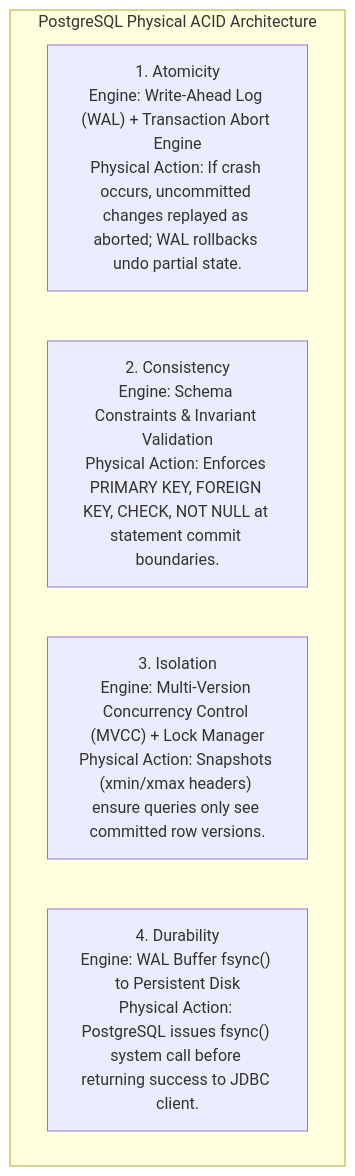
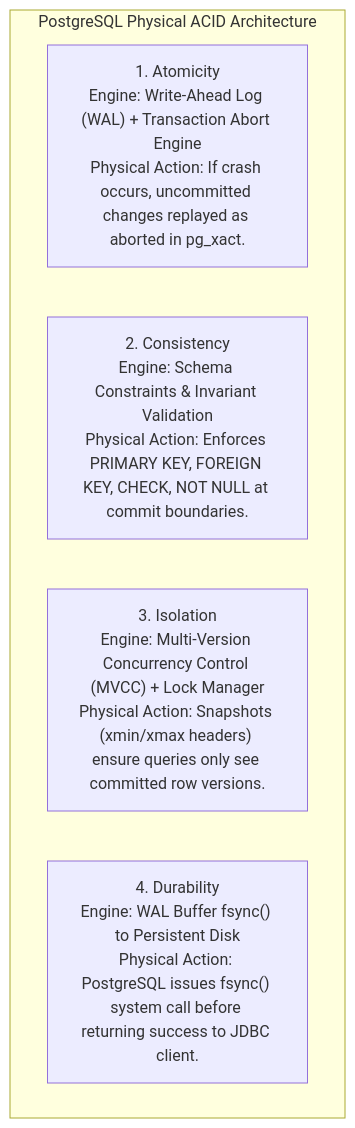
One commit to weaponxwolf/backend-engineering-mastry changed the seventh of 7 diagrams in docs/database/indexes-transactions.mdx. Above: the diagram before and after it, drawn with Mermaid. The commit also changed other lines of this file and 8 other files, not shown here.

````diff
--- a/docs/database/indexes-transactions.mdx
+++ b/docs/database/indexes-transactions.mdx
@@ -242,9 +268,9 @@
 ```mermaid
 graph TD
     subgraph ACIDSubsystems ["PostgreSQL Physical ACID Architecture"]
-        A["1. Atomicity<br/>Engine: Write-Ahead Log (WAL) + Transaction Abort Engine<br/>Physical Action: If crash occurs, uncommitted changes replayed as aborted; WAL rollbacks undo partial state."]
-        C["2. Consistency<br/>Engine: Schema Constraints & Invariant Validation<br/>Physical Action: Enforces PRIMARY KEY, FOREIGN KEY, CHECK, NOT NULL at statement commit boundaries."]
+        A["1. Atomicity<br/>Engine: Write-Ahead Log (WAL) + Transaction Abort Engine<br/>Physical Action: If crash occurs, uncommitted changes replayed as aborted in pg_xact."]
+        C["2. Consistency<br/>Engine: Schema Constraints & Invariant Validation<br/>Physical Action: Enforces PRIMARY KEY, FOREIGN KEY, CHECK, NOT NULL at commit boundaries."]
         I["3. Isolation<br/>Engine: Multi-Version Concurrency Control (MVCC) + Lock Manager<br/>Physical Action: Snapshots (xmin/xmax headers) ensure queries only see committed row versions."]
         D["4. Durability<br/>Engine: WAL Buffer fsync() to Persistent Disk<br/>Physical Action: PostgreSQL issues fsync() system call before returning success to JDBC client."]
     end
 ```
````
